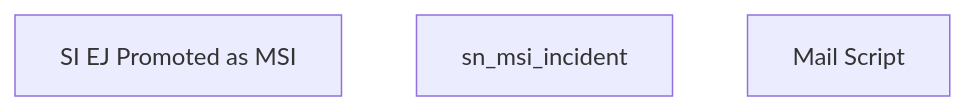
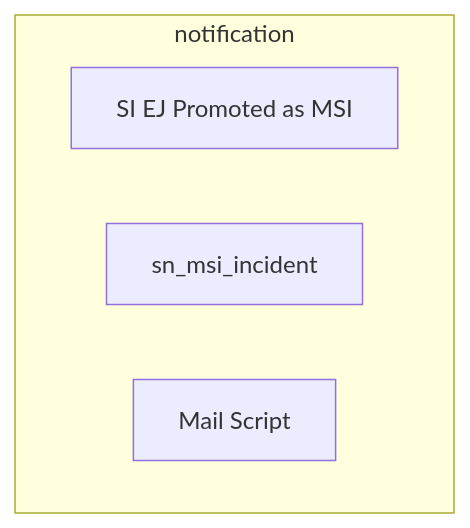
The diagram in README.md (CharlesL-Sec/Major-Security-Incident-Management), drawn with Mermaid before and after one commit.

Commit message:
Add mermaid flowchart for notification process

````diff
--- a/README.md
+++ b/README.md
@@ -7,13 +7,15 @@
 ```mermaid
 
 flowchart TD
+
+subgraph notification
  notificationpromtedmsi[SI EJ Promoted as MSI]
  tablename[sn_msi_incident]
  mailscript[Mail Script]
-
+end
 
 
 
 
 
 ```
````
